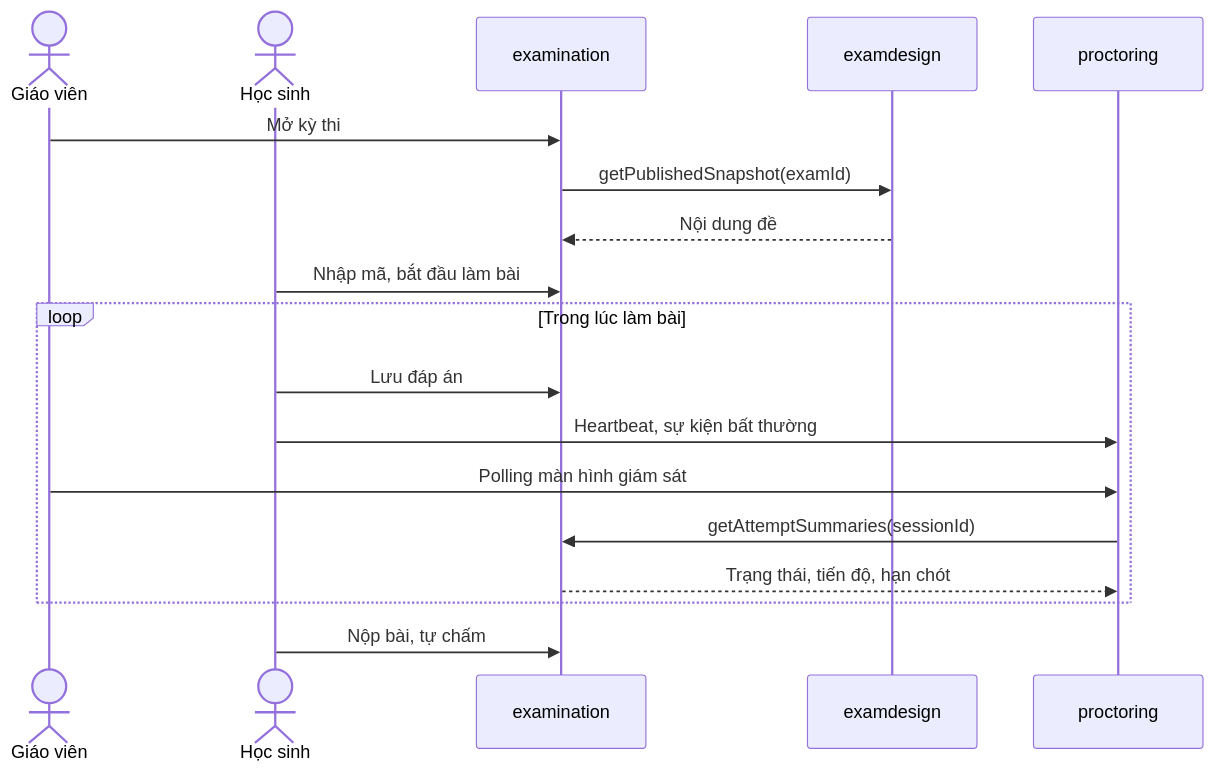
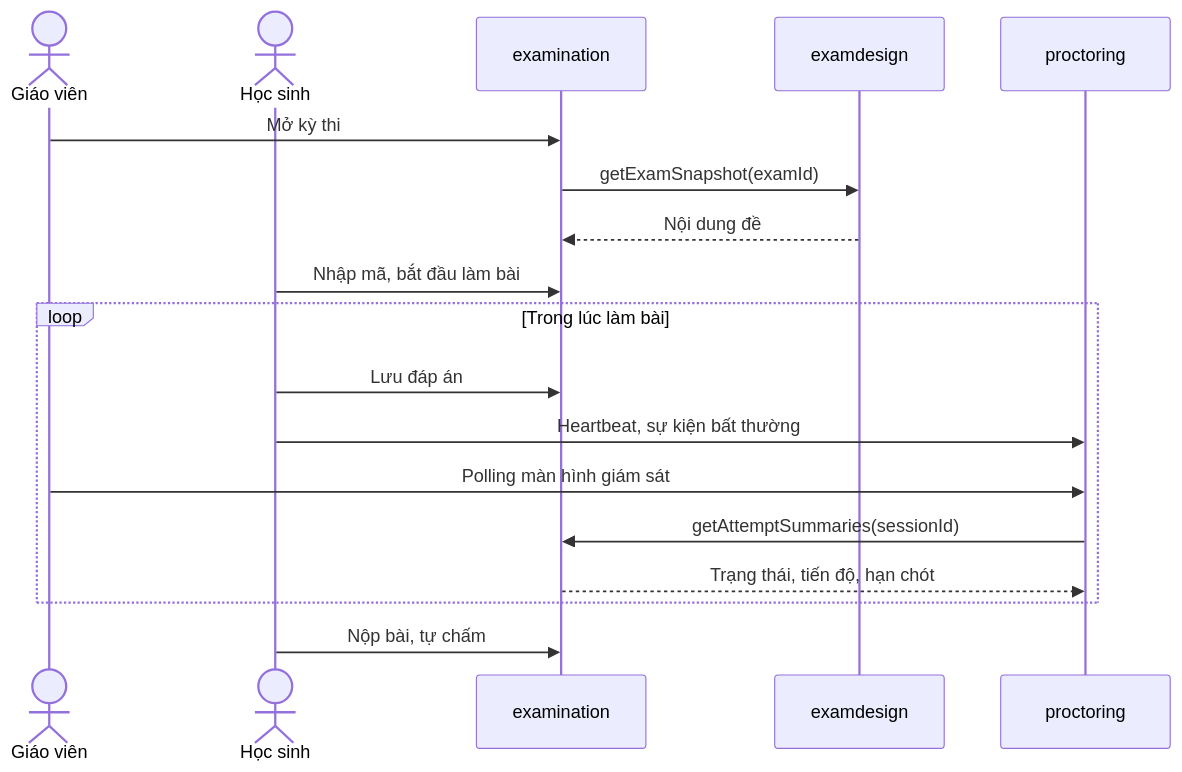
Before and after one commit to zindo511/Exam-Practice: the third of 3 diagrams in README.md, drawn with Mermaid. The commit also changed other lines of this file and 3 other files, not shown here.

````diff
--- a/README.md
+++ b/README.md
@@ -221,21 +222,21 @@
 ```mermaid
 sequenceDiagram
     actor GV as Giáo viên
     actor HS as Học sinh
     participant EX as examination
     participant ED as examdesign
     participant PR as proctoring
 
     GV->>EX: Mở kỳ thi
-    EX->>ED: getPublishedSnapshot(examId)
+    EX->>ED: getExamSnapshot(examId)
     ED-->>EX: Nội dung đề
     HS->>EX: Nhập mã, bắt đầu làm bài
     loop Trong lúc làm bài
         HS->>EX: Lưu đáp án
         HS->>PR: Heartbeat, sự kiện bất thường
         GV->>PR: Polling màn hình giám sát
         PR->>EX: getAttemptSummaries(sessionId)
         EX-->>PR: Trạng thái, tiến độ, hạn chót
     end
     HS->>EX: Nộp bài, tự chấm
 ```
````
